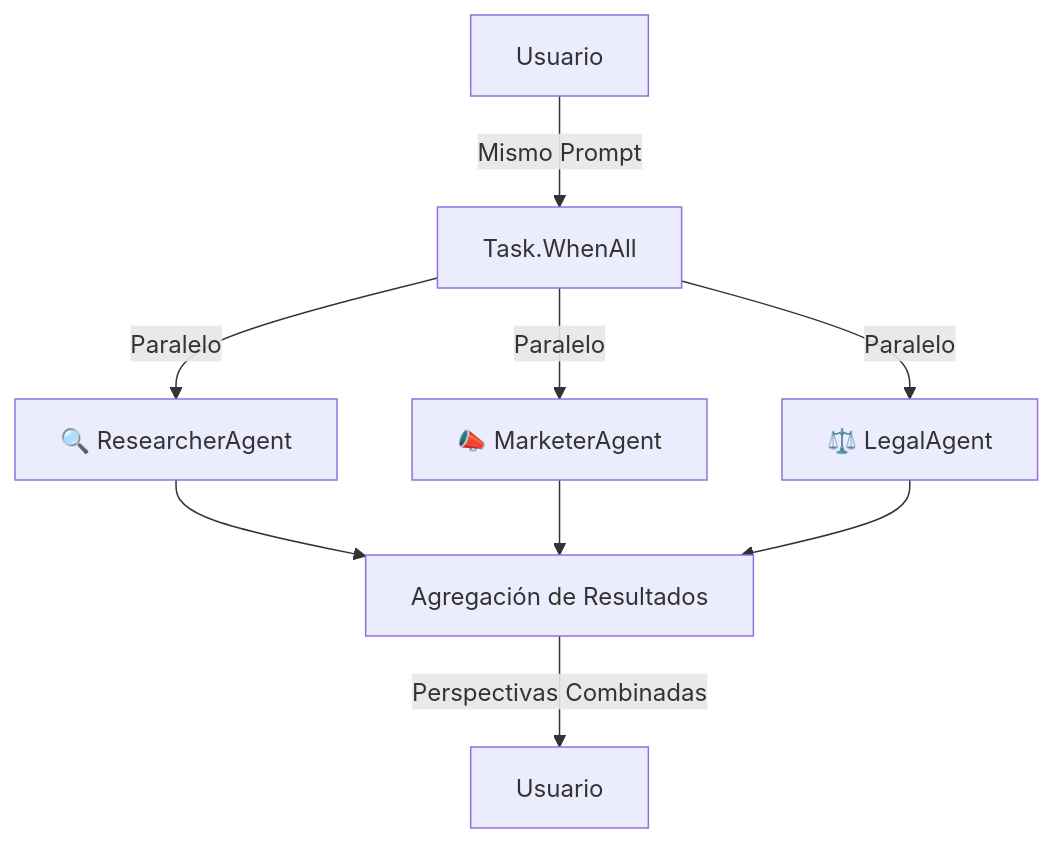
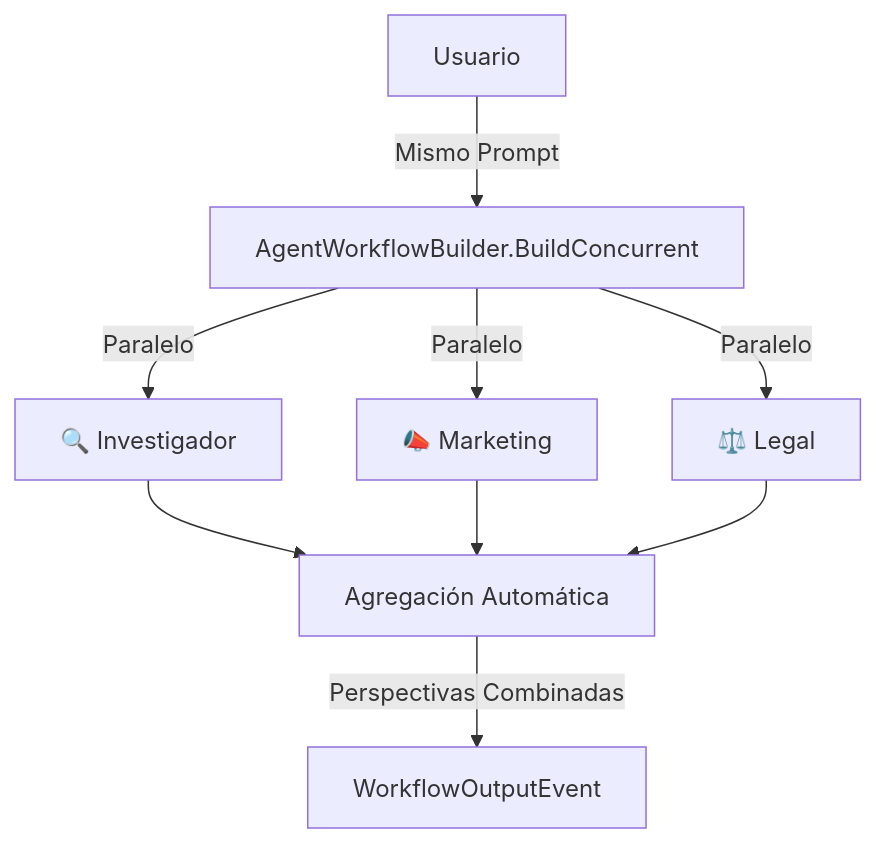
One commit to adiazcan/maf-workshop changed the diagram in docs/modulo-03-workflows/labs/02-parallel/README.md. Above: the diagram before and after it, drawn with Mermaid. The commit also changed other lines of this file and 2 other files, not shown here.

Commit message:
Add Microsoft.Agents.AI.Workflows and Microsoft.Extensions.AI packages, update README and code examples to reflect changes in concurrent workflow implementation using AgentWorkflowBuilder.BuildConcurrent()

````diff
--- a/docs/modulo-03-workflows/labs/02-parallel/README.md
+++ b/docs/modulo-03-workflows/labs/02-parallel/README.md
@@ -17,11 +17,11 @@
 ```mermaid
 graph TD
-    A[Usuario] -->|Mismo Prompt| B[Task.WhenAll]
-    B -->|Paralelo| C[🔍 ResearcherAgent]
-    B -->|Paralelo| D[📣 MarketerAgent]
-    B -->|Paralelo| E[⚖️ LegalAgent]
-    C --> F[Agregación de Resultados]
+    A[Usuario] -->|Mismo Prompt| B[AgentWorkflowBuilder.BuildConcurrent]
+    B -->|Paralelo| C[🔍 Investigador]
+    B -->|Paralelo| D[📣 Marketing]
+    B -->|Paralelo| E[⚖️ Legal]
+    C --> F[Agregación Automática]
     D --> F
     E --> F
-    F -->|Perspectivas Combinadas| G[Usuario]
+    F -->|Perspectivas Combinadas| G[WorkflowOutputEvent]
 ```
````
